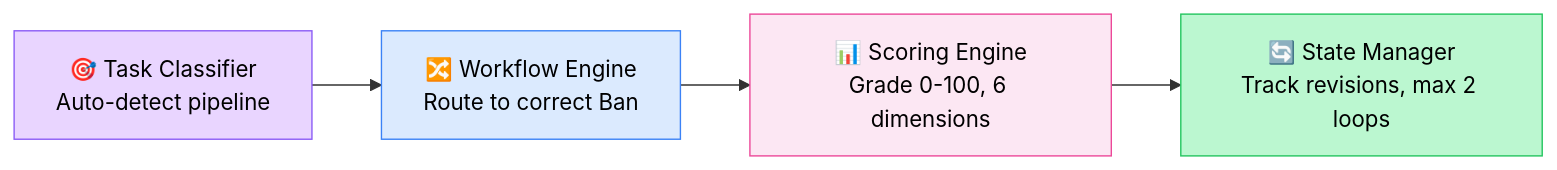
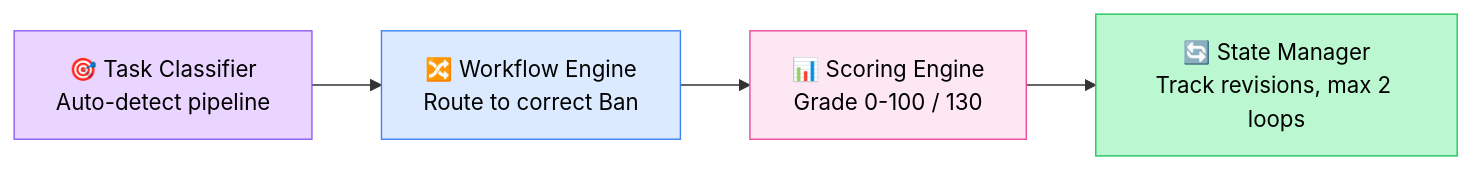
One commit to xaotiensinh-abm/viet-chuyen-nghiep changed the sixth of 8 diagrams in README.md. Above: the diagram before and after it, drawn with Mermaid. The commit also changed other lines of this file, not shown here.

Commit message:
docs: Update README.md for v3.2 — new pipelines, workers, fiction spotlight, architecture diagrams

````diff
--- a/README.md
+++ b/README.md
@@ -324,11 +412,11 @@
 ```mermaid
 graph LR
     TC["🎯 Task Classifier<br/>Auto-detect pipeline"] --> WE["🔀 Workflow Engine<br/>Route to correct Ban"]
-    WE --> SE["📊 Scoring Engine<br/>Grade 0-100, 6 dimensions"]
+    WE --> SE["📊 Scoring Engine<br/>Grade 0-100 / 130"]
     SE --> SM["🔄 State Manager<br/>Track revisions, max 2 loops"]
 
     style TC fill:#e9d5ff,stroke:#8b5cf6,color:#000
     style WE fill:#dbeafe,stroke:#3b82f6,color:#000
     style SE fill:#fce7f3,stroke:#ec4899,color:#000
     style SM fill:#bbf7d0,stroke:#22c55e,color:#000
 ```
````
